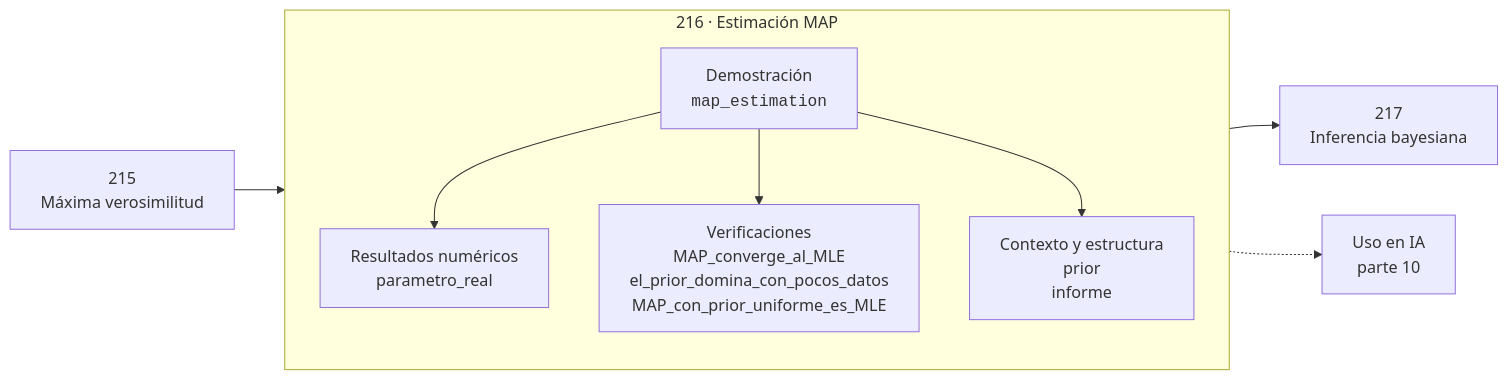
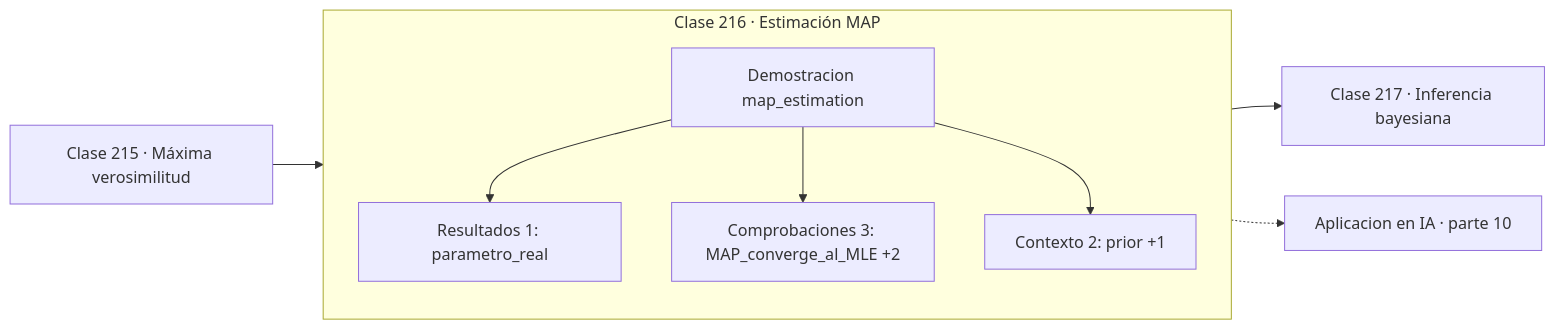
One commit to vladimiracunadev-create/computational-mathematics-program changed the diagram in classes/part-10-estadistica-e-inferencia/216-estimacion-map/README.md. Above: the diagram before and after it, drawn with Mermaid. The commit also changed 389 other files, not shown here.

First line of the commit message:
fix(diagramas): elimina el HTML de las etiquetas Mermaid

````diff
--- a/classes/part-10-estadistica-e-inferencia/216-estimacion-map/README.md
+++ b/classes/part-10-estadistica-e-inferencia/216-estimacion-map/README.md
@@ -30,12 +30,13 @@
 ```mermaid
 flowchart LR
-    P["215<br/>Máxima verosimilitud"] --> C
-    subgraph C["216 · Estimación MAP"]
+    P["Clase 215 · Máxima verosimilitud"] --> D
+    subgraph CLASE["Clase 216 · Estimación MAP"]
         direction TB
-        D["Demostración<br/><code>map_estimation</code>"] --> R["Resultados numéricos<br/>parametro_real"]
-        D --> V["Verificaciones<br/>MAP_converge_al_MLE<br/>el_prior_domina_con_pocos_datos<br/>MAP_con_prior_uniforme_es_MLE"]
-        D --> O["Contexto y estructura<br/>prior<br/>informe"]
+        D["Demostracion map_estimation"]
+        D --> R["Resultados 1: parametro_real"]
+        D --> V["Comprobaciones 3: MAP_converge_al_MLE +2"]
+        D --> O["Contexto 2: prior +1"]
     end
-    C --> N["217<br/>Inferencia bayesiana"]
-    C -.-> IA["Uso en IA<br/>parte 10"]
+    R --> N["Clase 217 · Inferencia bayesiana"]
+    V -.-> IA["Aplicacion en IA · parte 10"]
 ```
````
